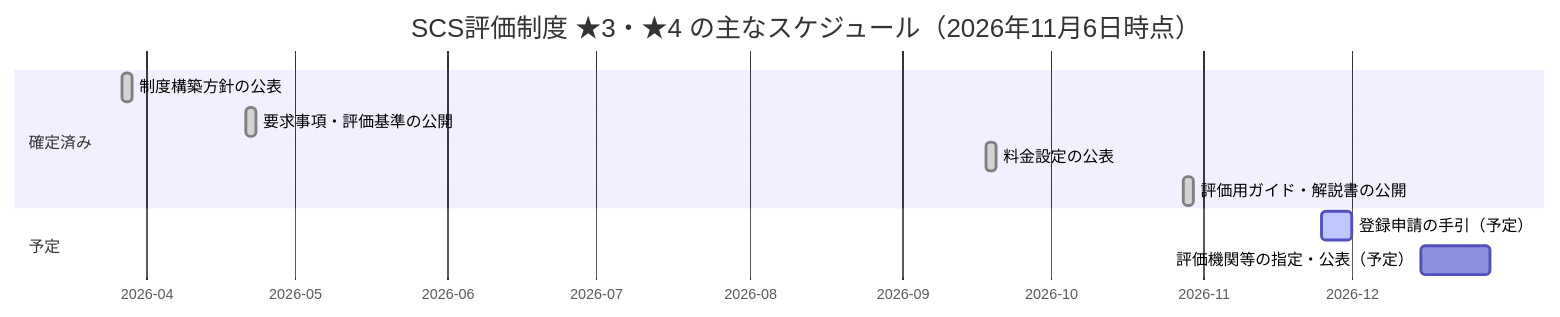
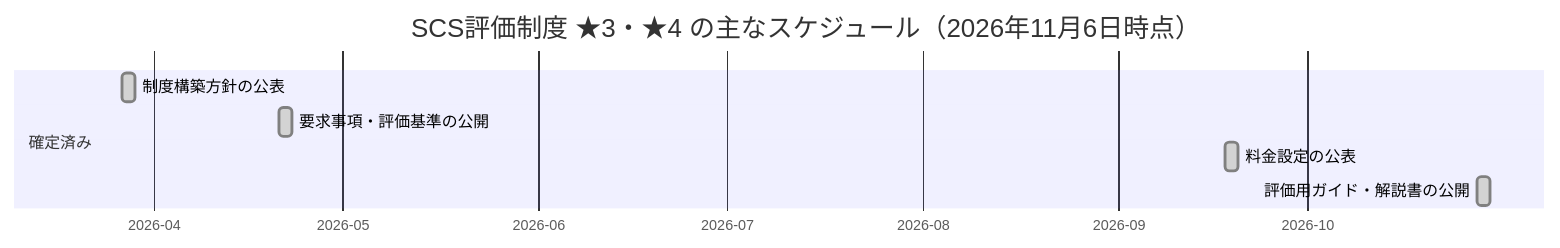
One commit to myoshi2891/Security_Studies changed the sixth of 14 diagrams in Scs-evaluation-threat-analysis-guide.md. Above: the diagram before and after it, drawn with Mermaid. The commit also changed other lines of this file and 5 other files, not shown here.

````diff
--- a/Scs-evaluation-threat-analysis-guide.md
+++ b/Scs-evaluation-threat-analysis-guide.md
@@ -245,14 +245,11 @@
 ```mermaid
 gantt
     title SCS評価制度 ★3・★4 の主なスケジュール（2026年11月6日時点）
     dateFormat  YYYY-MM-DD
     axisFormat  %Y-%m
     section 確定済み
     制度構築方針の公表          :done, m1, 2026-03-27, 2d
     要求事項・評価基準の公開      :done, m2, 2026-04-21, 2d
     料金設定の公表              :done, m3, 2026-09-18, 2d
     評価用ガイド・解説書の公開    :done, m4, 2026-10-28, 2d
-    section 予定
-    登録申請の手引（予定）       :active, p1, 2026-11-25, 6d
-    評価機関等の指定・公表（予定） :p2, 2026-12-15, 14d
 ```
````
